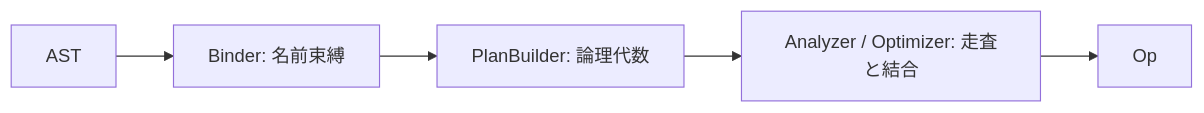
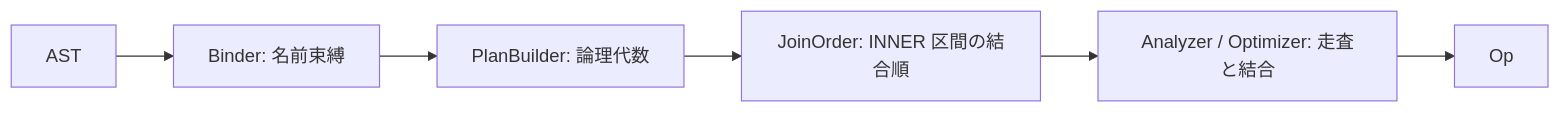
One commit to nwtks/rykdb changed the second of 2 diagrams in docs/architecture.md. Above: the diagram before and after it, drawn with Mermaid. The commit also changed other lines of this file and 21 other files, not shown here.

Commit message:
Add ANALYZE and Selinger DP join ordering: collect row count and NDV statistics into catalog, implement left-deep DP with greedy fallback for INNER joins, refine cost model using stats; update docs, tests, and invariants.

````diff
--- a/docs/architecture.md
+++ b/docs/architecture.md
@@ -351,7 +351,8 @@
 ```mermaid
 flowchart LR
     AST["AST"] --> BIND["Binder: 名前束縛"]
     BIND --> LOGICAL["PlanBuilder: 論理代数"]
-    LOGICAL --> PHYSICAL["Analyzer / Optimizer: 走査と結合"]
+    LOGICAL --> ORDER["JoinOrder: INNER 区間の結合順"]
+    ORDER --> PHYSICAL["Analyzer / Optimizer: 走査と結合"]
     PHYSICAL --> OP["Op"]
 ```
````
